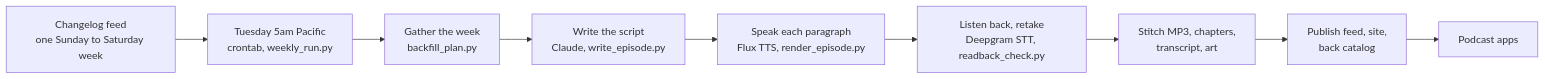
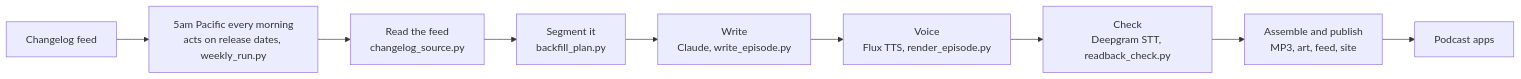
One commit to samgutentag-deepgram/deepgram-changelog-podcast changed the diagram in README.md. Above: the diagram before and after it, drawn with Mermaid. The commit also changed other lines of this file and 1 other file, not shown here.

First line of the commit message:
docs: README and build page tell one story under one tagline

````diff
--- a/README.md
+++ b/README.md
@@ -201,11 +223,11 @@
 ```mermaid
 flowchart LR
-  CL["Changelog feed<br/>one Sunday to Saturday week"] --> CRON["Tuesday 5am Pacific<br/>crontab, weekly_run.py"]
-  CRON --> GATHER["Gather the week<br/>backfill_plan.py"]
-  GATHER --> WRITE["Write the script<br/>Claude, write_episode.py"]
-  WRITE --> SPEAK["Speak each paragraph<br/>Flux TTS, render_episode.py"]
-  SPEAK --> CHECK["Listen back, retake<br/>Deepgram STT, readback_check.py"]
-  CHECK --> STITCH["Stitch MP3, chapters,<br/>transcript, art"]
-  STITCH --> PUB["Publish feed, site,<br/>back catalog"]
+  CL["Changelog feed"] --> CRON["5am Pacific every morning<br/>acts on release dates, weekly_run.py"]
+  CRON --> READ["Read the feed<br/>changelog_source.py"]
+  READ --> SEG["Segment it<br/>backfill_plan.py"]
+  SEG --> WRITE["Write<br/>Claude, write_episode.py"]
+  WRITE --> VOICE["Voice<br/>Flux TTS, render_episode.py"]
+  VOICE --> CHECK["Check<br/>Deepgram STT, readback_check.py"]
+  CHECK --> PUB["Assemble and publish<br/>MP3, art, feed, site"]
   PUB --> APPS["Podcast apps"]
 ```
````
